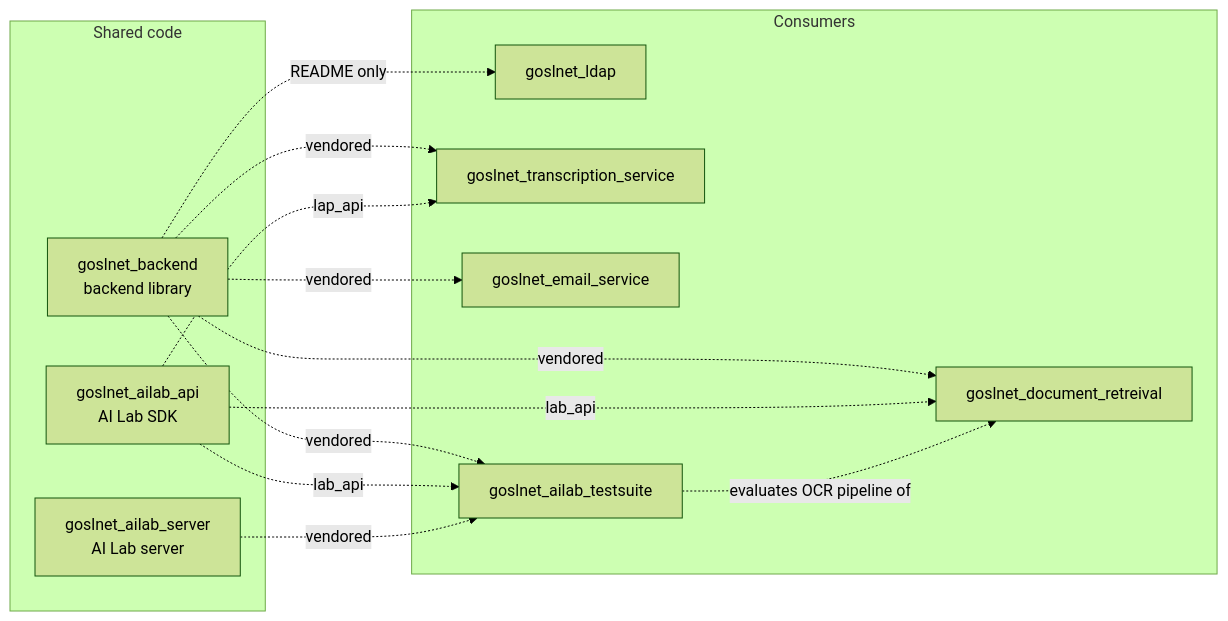
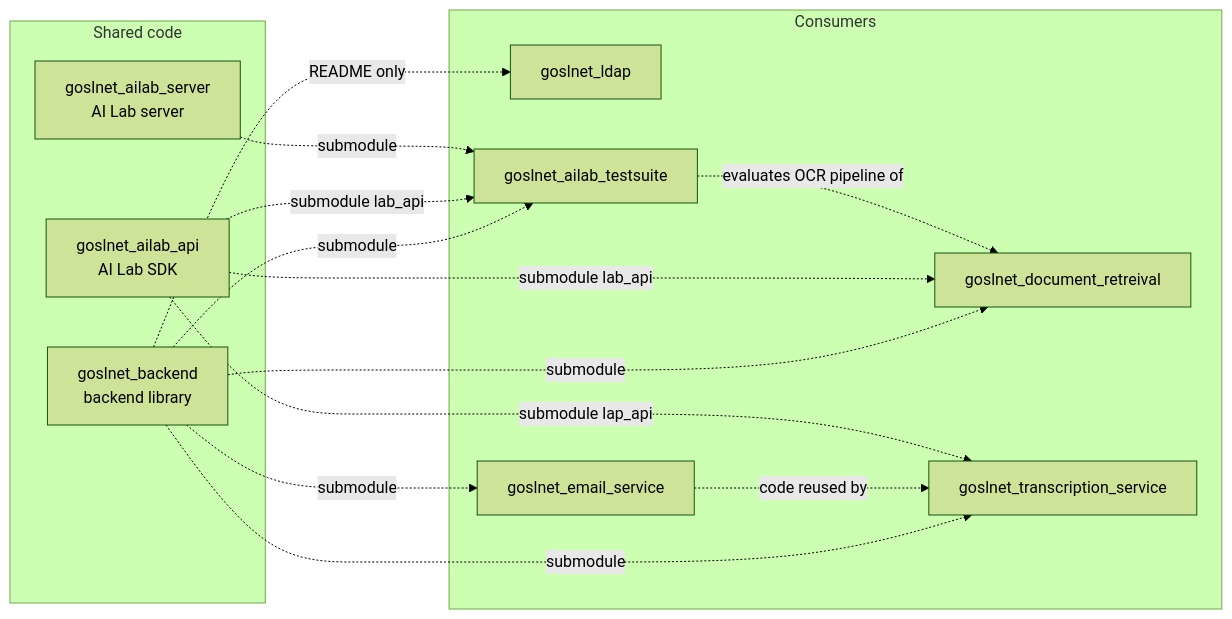
One commit to GOSL-IT/.github changed the second of 2 diagrams in profile/README.md. Above: the diagram before and after it, drawn with Mermaid (forest theme). The commit also changed other lines of this file, not shown here.

````diff
--- a/profile/README.md
+++ b/profile/README.md
@@ -57,29 +58,31 @@
 ```mermaid
 flowchart LR
     subgraph shared["Shared code"]
         BACKEND["goslnet_backend<br>backend library"]
         AILABAPI["goslnet_ailab_api<br>AI Lab SDK"]
         AILAB["goslnet_ailab_server<br>AI Lab server"]
     end
 
     subgraph consumers["Consumers"]
         LDAP["goslnet_ldap"]
         DOC["goslnet_document_retreival"]
         TRANS["goslnet_transcription_service"]
         EMAIL["goslnet_email_service"]
         TEST["goslnet_ailab_testsuite"]
     end
 
-    BACKEND -.->|vendored| DOC
-    BACKEND -.->|vendored| TRANS
-    BACKEND -.->|vendored| EMAIL
-    BACKEND -.->|vendored| TEST
+    BACKEND -.->|submodule| DOC
+    BACKEND -.->|submodule| TRANS
+    BACKEND -.->|submodule| EMAIL
+    BACKEND -.->|submodule| TEST
     BACKEND -.->|README only| LDAP
 
-    AILABAPI -.->|lab_api| DOC
-    AILABAPI -.->|lap_api| TRANS
-    AILABAPI -.->|lab_api| TEST
+    EMAIL -.->|code reused by| TRANS
 
-    AILAB -.->|vendored| TEST
+    AILABAPI -.->|submodule lab_api| DOC
+    AILABAPI -.->|submodule lap_api| TRANS
+    AILABAPI -.->|submodule lab_api| TEST
+
+    AILAB -.->|submodule| TEST
     TEST -.->|evaluates OCR pipeline of| DOC
 ```
````
